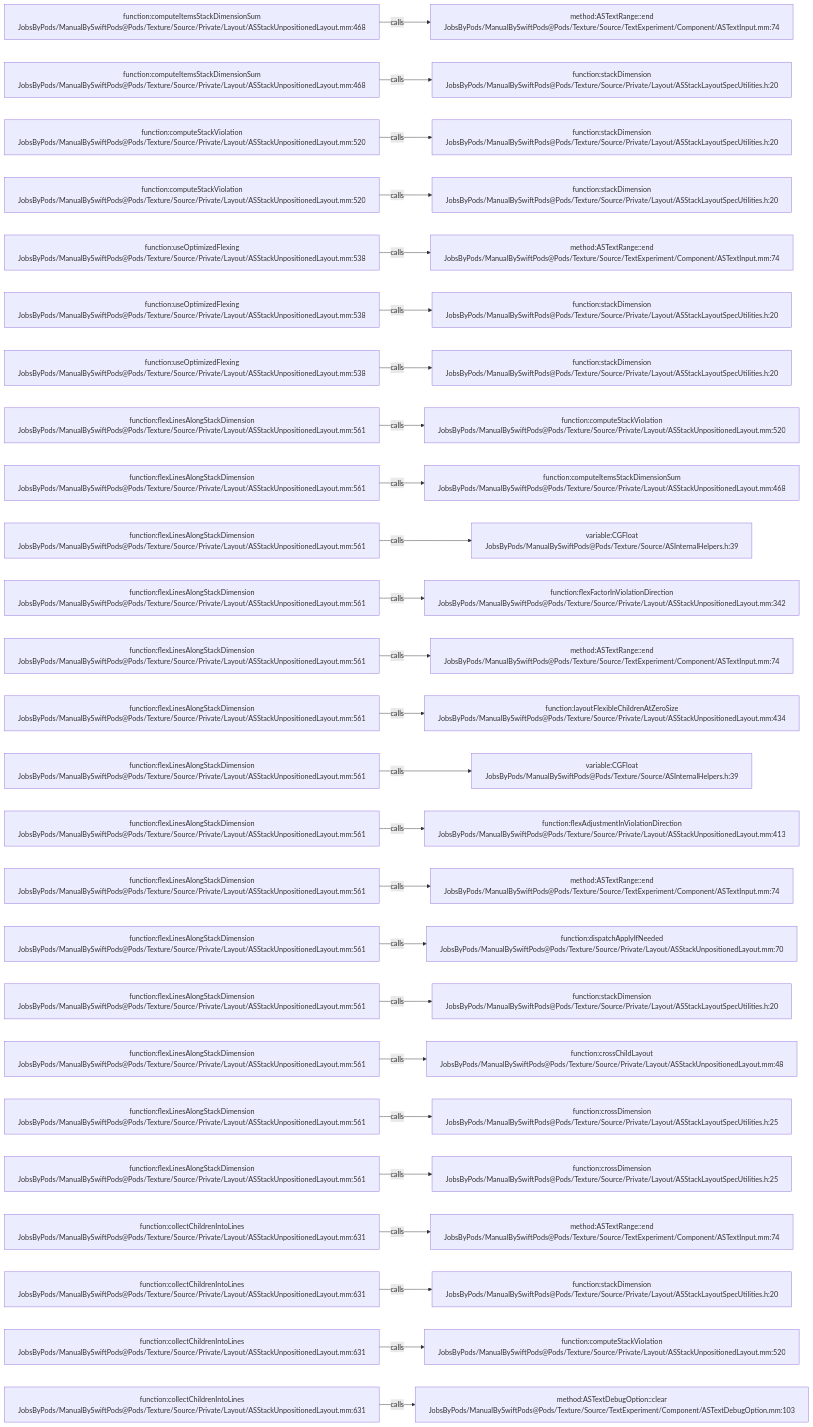
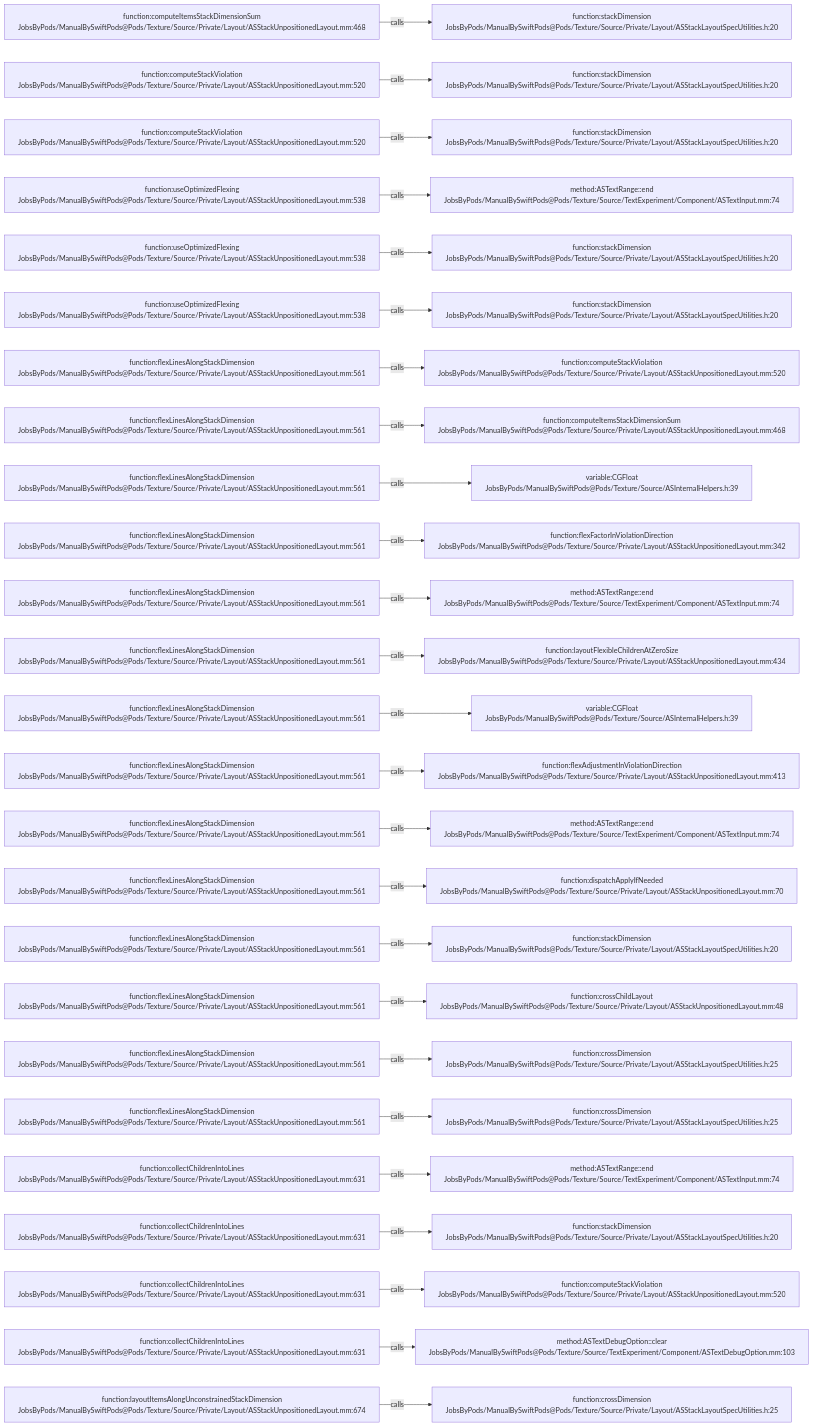
One commit to JobsKits/JobsSwiftBaseConfigDemo changed the diagram in .codegraph/codegraph.md/graphs/calls-126.md. Above: the diagram before and after it, drawn with Mermaid. The commit also changed 747 other files, not shown here.

````diff
--- a/.codegraph/codegraph.md/graphs/calls-126.md
+++ b/.codegraph/codegraph.md/graphs/calls-126.md
@@ -13,78 +13,78 @@
 ```mermaid
 flowchart LR
   S1["function:computeItemsStackDimensionSum<br/>JobsByPods/ManualBySwiftPods@Pods/Texture/Source/Private/Layout/ASStackUnpositionedLayout.mm:468"]
-  T1["method:ASTextRange::end<br/>JobsByPods/ManualBySwiftPods@Pods/Texture/Source/TextExperiment/Component/ASTextInput.mm:74"]
+  T1["function:stackDimension<br/>JobsByPods/ManualBySwiftPods@Pods/Texture/Source/Private/Layout/ASStackLayoutSpecUtilities.h:20"]
   S1 -->|calls| T1
-  S2["function:computeItemsStackDimensionSum<br/>JobsByPods/ManualBySwiftPods@Pods/Texture/Source/Private/Layout/ASStackUnpositionedLayout.mm:468"]
+  S2["function:computeStackViolation<br/>JobsByPods/ManualBySwiftPods@Pods/Texture/Source/Private/Layout/ASStackUnpositionedLayout.mm:520"]
   T2["function:stackDimension<br/>JobsByPods/ManualBySwiftPods@Pods/Texture/Source/Private/Layout/ASStackLayoutSpecUtilities.h:20"]
   S2 -->|calls| T2
   S3["function:computeStackViolation<br/>JobsByPods/ManualBySwiftPods@Pods/Texture/Source/Private/Layout/ASStackUnpositionedLayout.mm:520"]
   T3["function:stackDimension<br/>JobsByPods/ManualBySwiftPods@Pods/Texture/Source/Private/Layout/ASStackLayoutSpecUtilities.h:20"]
   S3 -->|calls| T3
-  S4["function:computeStackViolation<br/>JobsByPods/ManualBySwiftPods@Pods/Texture/Source/Private/Layout/ASStackUnpositionedLayout.mm:520"]
-  T4["function:stackDimension<br/>JobsByPods/ManualBySwiftPods@Pods/Texture/Source/Private/Layout/ASStackLayoutSpecUtilities.h:20"]
+  S4["function:useOptimizedFlexing<br/>JobsByPods/ManualBySwiftPods@Pods/Texture/Source/Private/Layout/ASStackUnpositionedLayout.mm:538"]
+  T4["method:ASTextRange::end<br/>JobsByPods/ManualBySwiftPods@Pods/Texture/Source/TextExperiment/Component/ASTextInput.mm:74"]
   S4 -->|calls| T4
   S5["function:useOptimizedFlexing<br/>JobsByPods/ManualBySwiftPods@Pods/Texture/Source/Private/Layout/ASStackUnpositionedLayout.mm:538"]
-  T5["method:ASTextRange::end<br/>JobsByPods/ManualBySwiftPods@Pods/Texture/Source/TextExperiment/Component/ASTextInput.mm:74"]
+  T5["function:stackDimension<br/>JobsByPods/ManualBySwiftPods@Pods/Texture/Source/Private/Layout/ASStackLayoutSpecUtilities.h:20"]
   S5 -->|calls| T5
   S6["function:useOptimizedFlexing<br/>JobsByPods/ManualBySwiftPods@Pods/Texture/Source/Private/Layout/ASStackUnpositionedLayout.mm:538"]
   T6["function:stackDimension<br/>JobsByPods/ManualBySwiftPods@Pods/Texture/Source/Private/Layout/ASStackLayoutSpecUtilities.h:20"]
   S6 -->|calls| T6
-  S7["function:useOptimizedFlexing<br/>JobsByPods/ManualBySwiftPods@Pods/Texture/Source/Private/Layout/ASStackUnpositionedLayout.mm:538"]
-  T7["function:stackDimension<br/>JobsByPods/ManualBySwiftPods@Pods/Texture/Source/Private/Layout/ASStackLayoutSpecUtilities.h:20"]
+  S7["function:flexLinesAlongStackDimension<br/>JobsByPods/ManualBySwiftPods@Pods/Texture/Source/Private/Layout/ASStackUnpositionedLayout.mm:561"]
+  T7["function:computeStackViolation<br/>JobsByPods/ManualBySwiftPods@Pods/Texture/Source/Private/Layout/ASStackUnpositionedLayout.mm:520"]
   S7 -->|calls| T7
   S8["function:flexLinesAlongStackDimension<br/>JobsByPods/ManualBySwiftPods@Pods/Texture/Source/Private/Layout/ASStackUnpositionedLayout.mm:561"]
-  T8["function:computeStackViolation<br/>JobsByPods/ManualBySwiftPods@Pods/Texture/Source/Private/Layout/ASStackUnpositionedLayout.mm:520"]
+  T8["function:computeItemsStackDimensionSum<br/>JobsByPods/ManualBySwiftPods@Pods/Texture/Source/Private/Layout/ASStackUnpositionedLayout.mm:468"]
   S8 -->|calls| T8
   S9["function:flexLinesAlongStackDimension<br/>JobsByPods/ManualBySwiftPods@Pods/Texture/Source/Private/Layout/ASStackUnpositionedLayout.mm:561"]
-  T9["function:computeItemsStackDimensionSum<br/>JobsByPods/ManualBySwiftPods@Pods/Texture/Source/Private/Layout/ASStackUnpositionedLayout.mm:468"]
+  T9["variable:CGFloat<br/>JobsByPods/ManualBySwiftPods@Pods/Texture/Source/ASInternalHelpers.h:39"]
   S9 -->|calls| T9
   S10["function:flexLinesAlongStackDimension<br/>JobsByPods/ManualBySwiftPods@Pods/Texture/Source/Private/Layout/ASStackUnpositionedLayout.mm:561"]
-  T10["variable:CGFloat<br/>JobsByPods/ManualBySwiftPods@Pods/Texture/Source/ASInternalHelpers.h:39"]
+  T10["function:flexFactorInViolationDirection<br/>JobsByPods/ManualBySwiftPods@Pods/Texture/Source/Private/Layout/ASStackUnpositionedLayout.mm:342"]
   S10 -->|calls| T10
   S11["function:flexLinesAlongStackDimension<br/>JobsByPods/ManualBySwiftPods@Pods/Texture/Source/Private/Layout/ASStackUnpositionedLayout.mm:561"]
-  T11["function:flexFactorInViolationDirection<br/>JobsByPods/ManualBySwiftPods@Pods/Texture/Source/Private/Layout/ASStackUnpositionedLayout.mm:342"]
+  T11["method:ASTextRange::end<br/>JobsByPods/ManualBySwiftPods@Pods/Texture/Source/TextExperiment/Component/ASTextInput.mm:74"]
   S11 -->|calls| T11
   S12["function:flexLinesAlongStackDimension<br/>JobsByPods/ManualBySwiftPods@Pods/Texture/Source/Private/Layout/ASStackUnpositionedLayout.mm:561"]
-  T12["method:ASTextRange::end<br/>JobsByPods/ManualBySwiftPods@Pods/Texture/Source/TextExperiment/Component/ASTextInput.mm:74"]
+  T12["function:layoutFlexibleChildrenAtZeroSize<br/>JobsByPods/ManualBySwiftPods@Pods/Texture/Source/Private/Layout/ASStackUnpositionedLayout.mm:434"]
   S12 -->|calls| T12
   S13["function:flexLinesAlongStackDimension<br/>JobsByPods/ManualBySwiftPods@Pods/Texture/Source/Private/Layout/ASStackUnpositionedLayout.mm:561"]
-  T13["function:layoutFlexibleChildrenAtZeroSize<br/>JobsByPods/ManualBySwiftPods@Pods/Texture/Source/Private/Layout/ASStackUnpositionedLayout.mm:434"]
+  T13["variable:CGFloat<br/>JobsByPods/ManualBySwiftPods@Pods/Texture/Source/ASInternalHelpers.h:39"]
   S13 -->|calls| T13
   S14["function:flexLinesAlongStackDimension<br/>JobsByPods/ManualBySwiftPods@Pods/Texture/Source/Private/Layout/ASStackUnpositionedLayout.mm:561"]
-  T14["variable:CGFloat<br/>JobsByPods/ManualBySwiftPods@Pods/Texture/Source/ASInternalHelpers.h:39"]
+  T14["function:flexAdjustmentInViolationDirection<br/>JobsByPods/ManualBySwiftPods@Pods/Texture/Source/Private/Layout/ASStackUnpositionedLayout.mm:413"]
   S14 -->|calls| T14
   S15["function:flexLinesAlongStackDimension<br/>JobsByPods/ManualBySwiftPods@Pods/Texture/Source/Private/Layout/ASStackUnpositionedLayout.mm:561"]
-  T15["function:flexAdjustmentInViolationDirection<br/>JobsByPods/ManualBySwiftPods@Pods/Texture/Source/Private/Layout/ASStackUnpositionedLayout.mm:413"]
+  T15["method:ASTextRange::end<br/>JobsByPods/ManualBySwiftPods@Pods/Texture/Source/TextExperiment/Component/ASTextInput.mm:74"]
   S15 -->|calls| T15
   S16["function:flexLinesAlongStackDimension<br/>JobsByPods/ManualBySwiftPods@Pods/Texture/Source/Private/Layout/ASStackUnpositionedLayout.mm:561"]
-  T16["method:ASTextRange::end<br/>JobsByPods/ManualBySwiftPods@Pods/Texture/Source/TextExperiment/Component/ASTextInput.mm:74"]
+  T16["function:dispatchApplyIfNeeded<br/>JobsByPods/ManualBySwiftPods@Pods/Texture/Source/Private/Layout/ASStackUnpositionedLayout.mm:70"]
   S16 -->|calls| T16
   S17["function:flexLinesAlongStackDimension<br/>JobsByPods/ManualBySwiftPods@Pods/Texture/Source/Private/Layout/ASStackUnpositionedLayout.mm:561"]
-  T17["function:dispatchApplyIfNeeded<br/>JobsByPods/ManualBySwiftPods@Pods/Texture/Source/Private/Layout/ASStackUnpositionedLayout.mm:70"]
+  T17["function:stackDimension<br/>JobsByPods/ManualBySwiftPods@Pods/Texture/Source/Private/Layout/ASStackLayoutSpecUtilities.h:20"]
   S17 -->|calls| T17
   S18["function:flexLinesAlongStackDimension<br/>JobsByPods/ManualBySwiftPods@Pods/Texture/Source/Private/Layout/ASStackUnpositionedLayout.mm:561"]
-  T18["function:stackDimension<br/>JobsByPods/ManualBySwiftPods@Pods/Texture/Source/Private/Layout/ASStackLayoutSpecUtilities.h:20"]
+  T18["function:crossChildLayout<br/>JobsByPods/ManualBySwiftPods@Pods/Texture/Source/Private/Layout/ASStackUnpositionedLayout.mm:48"]
   S18 -->|calls| T18
   S19["function:flexLinesAlongStackDimension<br/>JobsByPods/ManualBySwiftPods@Pods/Texture/Source/Private/Layout/ASStackUnpositionedLayout.mm:561"]
-  T19["function:crossChildLayout<br/>JobsByPods/ManualBySwiftPods@Pods/Texture/Source/Private/Layout/ASStackUnpositionedLayout.mm:48"]
+  T19["function:crossDimension<br/>JobsByPods/ManualBySwiftPods@Pods/Texture/Source/Private/Layout/ASStackLayoutSpecUtilities.h:25"]
   S19 -->|calls| T19
   S20["function:flexLinesAlongStackDimension<br/>JobsByPods/ManualBySwiftPods@Pods/Texture/Source/Private/Layout/ASStackUnpositionedLayout.mm:561"]
   T20["function:crossDimension<br/>JobsByPods/ManualBySwiftPods@Pods/Texture/Source/Private/Layout/ASStackLayoutSpecUtilities.h:25"]
   S20 -->|calls| T20
-  S21["function:flexLinesAlongStackDimension<br/>JobsByPods/ManualBySwiftPods@Pods/Texture/Source/Private/Layout/ASStackUnpositionedLayout.mm:561"]
-  T21["function:crossDimension<br/>JobsByPods/ManualBySwiftPods@Pods/Texture/Source/Private/Layout/ASStackLayoutSpecUtilities.h:25"]
+  S21["function:collectChildrenIntoLines<br/>JobsByPods/ManualBySwiftPods@Pods/Texture/Source/Private/Layout/ASStackUnpositionedLayout.mm:631"]
+  T21["method:ASTextRange::end<br/>JobsByPods/ManualBySwiftPods@Pods/Texture/Source/TextExperiment/Component/ASTextInput.mm:74"]
   S21 -->|calls| T21
   S22["function:collectChildrenIntoLines<br/>JobsByPods/ManualBySwiftPods@Pods/Texture/Source/Private/Layout/ASStackUnpositionedLayout.mm:631"]
-  T22["method:ASTextRange::end<br/>JobsByPods/ManualBySwiftPods@Pods/Texture/Source/TextExperiment/Component/ASTextInput.mm:74"]
+  T22["function:stackDimension<br/>JobsByPods/ManualBySwiftPods@Pods/Texture/Source/Private/Layout/ASStackLayoutSpecUtilities.h:20"]
   S22 -->|calls| T22
   S23["function:collectChildrenIntoLines<br/>JobsByPods/ManualBySwiftPods@Pods/Texture/Source/Private/Layout/ASStackUnpositionedLayout.mm:631"]
-  T23["function:stackDimension<br/>JobsByPods/ManualBySwiftPods@Pods/Texture/Source/Private/Layout/ASStackLayoutSpecUtilities.h:20"]
+  T23["function:computeStackViolation<br/>JobsByPods/ManualBySwiftPods@Pods/Texture/Source/Private/Layout/ASStackUnpositionedLayout.mm:520"]
   S23 -->|calls| T23
   S24["function:collectChildrenIntoLines<br/>JobsByPods/ManualBySwiftPods@Pods/Texture/Source/Private/Layout/ASStackUnpositionedLayout.mm:631"]
-  T24["function:computeStackViolation<br/>JobsByPods/ManualBySwiftPods@Pods/Texture/Source/Private/Layout/ASStackUnpositionedLayout.mm:520"]
+  T24["method:ASTextDebugOption::clear<br/>JobsByPods/ManualBySwiftPods@Pods/Texture/Source/TextExperiment/Component/ASTextDebugOption.mm:103"]
   S24 -->|calls| T24
-  S25["function:collectChildrenIntoLines<br/>JobsByPods/ManualBySwiftPods@Pods/Texture/Source/Private/Layout/ASStackUnpositionedLayout.mm:631"]
-  T25["method:ASTextDebugOption::clear<br/>JobsByPods/ManualBySwiftPods@Pods/Texture/Source/TextExperiment/Component/ASTextDebugOption.mm:103"]
+  S25["function:layoutItemsAlongUnconstrainedStackDimension<br/>JobsByPods/ManualBySwiftPods@Pods/Texture/Source/Private/Layout/ASStackUnpositionedLayout.mm:674"]
+  T25["function:crossDimension<br/>JobsByPods/ManualBySwiftPods@Pods/Texture/Source/Private/Layout/ASStackLayoutSpecUtilities.h:25"]
   S25 -->|calls| T25
 ```
````
